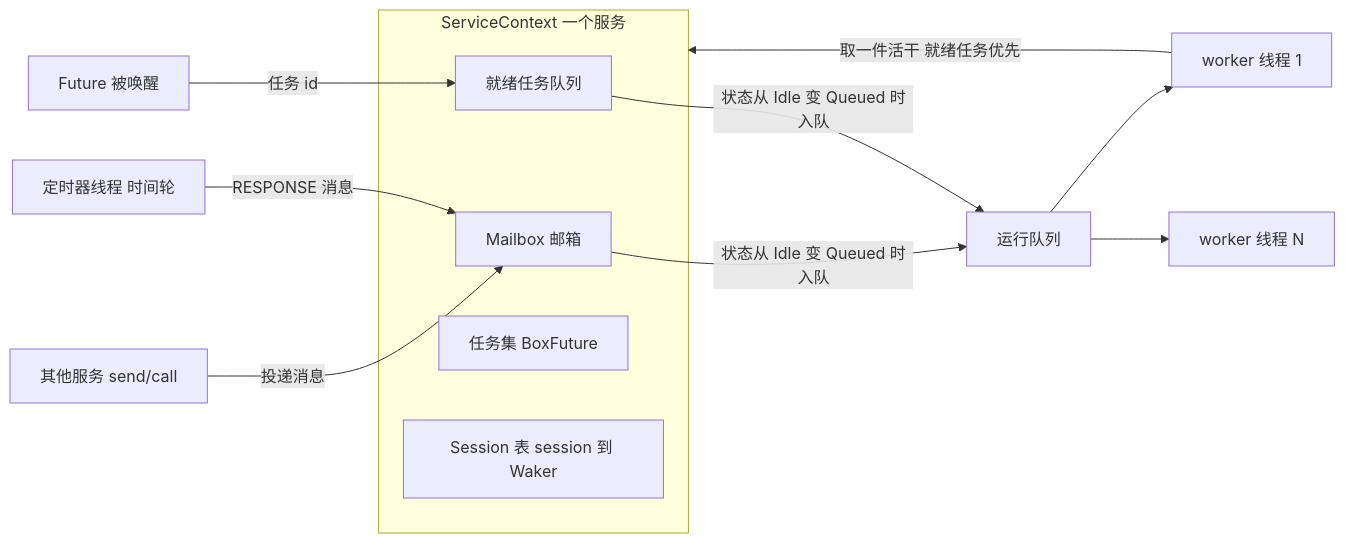
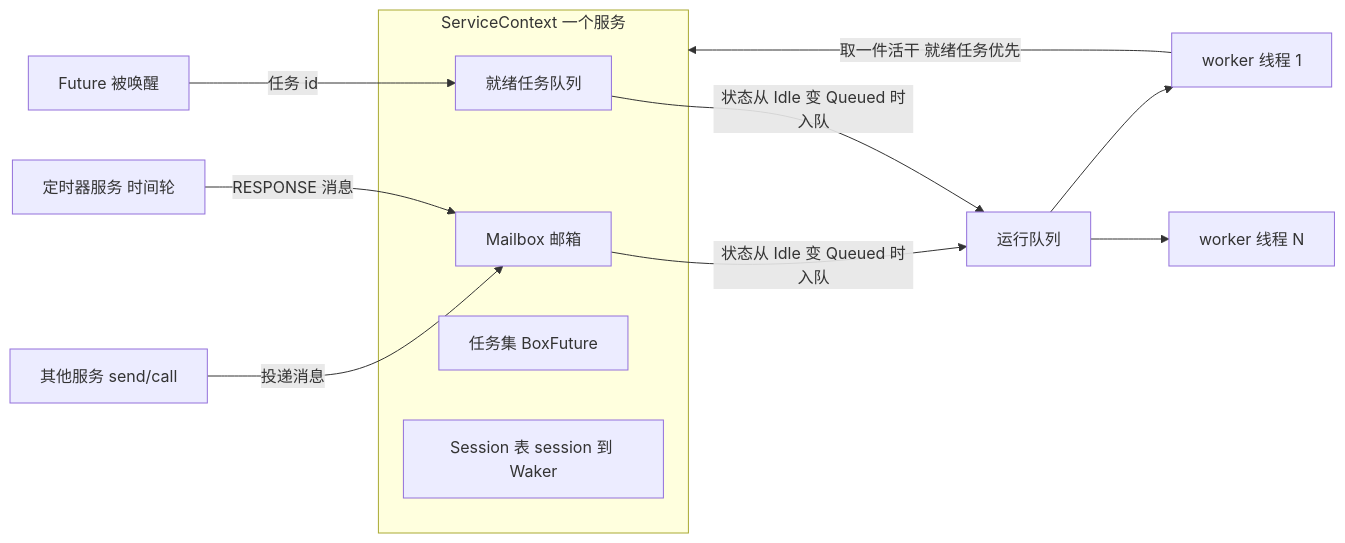
The first of 3 diagrams in README.md (zhb1990/rskynet), drawn with Mermaid before and after one commit. The commit also changed other lines of this file and 21 other files, not shown here.

````diff
--- a/README.md
+++ b/README.md
@@ -24,17 +24,17 @@
 ```mermaid
 flowchart LR
     subgraph svc [ServiceContext 一个服务]
         MB[Mailbox 邮箱]
         RQ[就绪任务队列]
         TS[任务集 BoxFuture]
         SS["Session 表 session 到 Waker"]
     end
     Sender[其他服务 send/call] -->|投递消息| MB
-    TimerThread[定时器线程 时间轮] -->|RESPONSE 消息| MB
+    TimerSvc[定时器服务 时间轮] -->|RESPONSE 消息| MB
     Waker[Future 被唤醒] -->|任务 id| RQ
     MB -->|状态从 Idle 变 Queued 时入队| GQ[运行队列]
     RQ -->|状态从 Idle 变 Queued 时入队| GQ
     GQ --> W1[worker 线程 1]
     GQ --> WN[worker 线程 N]
     W1 -->|取一件活干 就绪任务优先| svc
 ```
````
